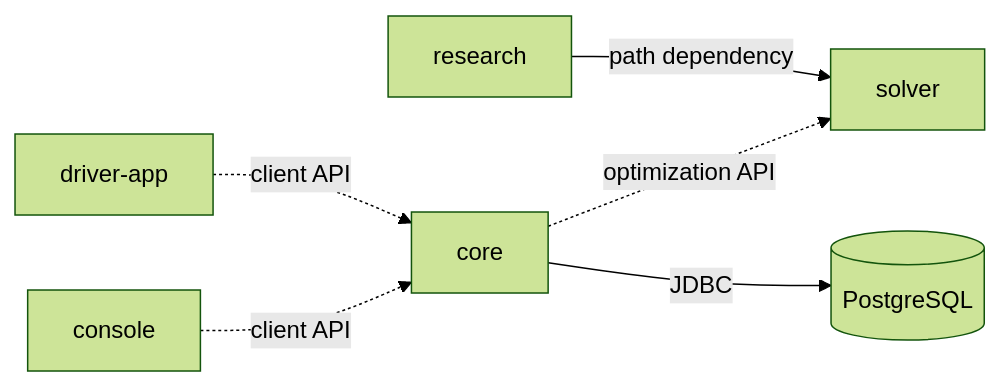
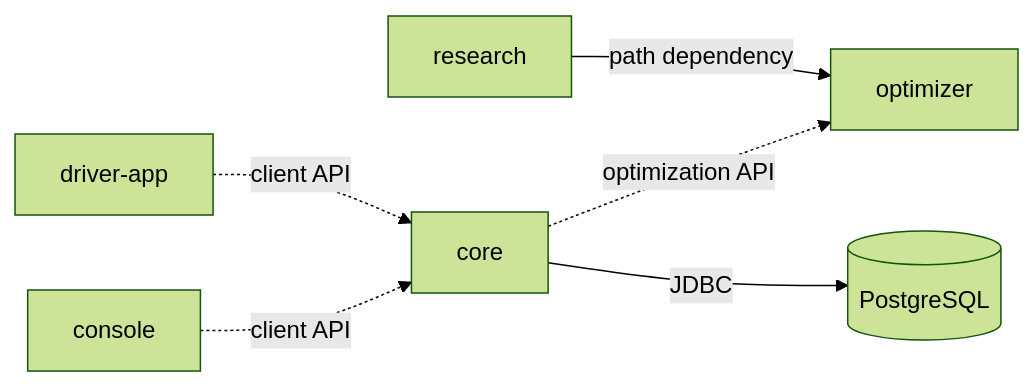
The diagram in docs/architecture/architecture.md (NaimElijah/DispatchFlow), drawn with Mermaid (forest theme) before and after one commit. The commit also changed other lines of this file and 158 other files, not shown here.

First line of the commit message:
refactor: rename the solver service to optimizer

````diff
--- a/docs/architecture/architecture.md
+++ b/docs/architecture/architecture.md
@@ -22,8 +22,8 @@
 ```mermaid
 flowchart LR
     console["console"] -.->|"client API"| core["core"]
     driver["driver-app"] -.->|"client API"| core
-    core -.->|"optimization API"| solver["solver"]
+    core -.->|"optimization API"| optimizer["optimizer"]
     core -->|"JDBC"| pg[("PostgreSQL")]
-    research["research"] -->|"path dependency"| solver
+    research["research"] -->|"path dependency"| optimizer
 ```
````
